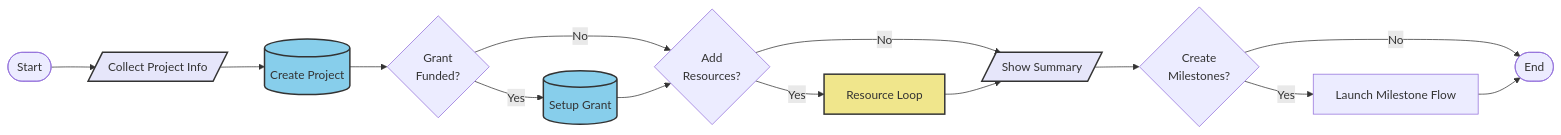
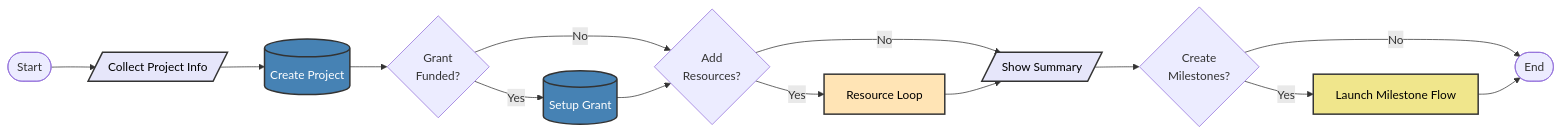
The first of 6 diagrams in README.md (akj/mermaid-sample), drawn with Mermaid before and after one commit. The commit also changed other lines of this file, not shown here.

````diff
--- a/README.md
+++ b/README.md
@@ -9,24 +9,26 @@
 ```mermaid
 flowchart LR
     Start([Start]) --> Input[/Collect Project Info/]
     Input --> Create[(Create Project)]
     Create --> Grant{Grant<br/>Funded?}
     Grant -->|Yes| GrantSetup[(Setup Grant)]
     Grant -->|No| Resources
     GrantSetup --> Resources{Add<br/>Resources?}
     Resources -->|Yes| ResourceLoop[Resource Loop]
     Resources -->|No| Summary
     ResourceLoop --> Summary[/Show Summary/]
     Summary --> Milestones{Create<br/>Milestones?}
     Milestones -->|Yes| SubFlow[Launch Milestone Flow]
     Milestones -->|No| End
     SubFlow --> End([End])
 
-    classDef userInput fill:#E6E6FA,stroke:#333,stroke-width:2px
-    classDef database fill:#87CEEB,stroke:#333,stroke-width:2px
-    classDef process fill:#F0E68C,stroke:#333,stroke-width:2px
+    classDef userInput fill:#E6E6FA,stroke:#333,stroke-width:2px,color:#000
+    classDef database fill:#4682B4,stroke:#333,stroke-width:2px,color:#FFF
+    classDef loopProcess fill:#FFE4B5,stroke:#333,stroke-width:2px,color:#000
+    classDef launchAction fill:#F0E68C,stroke:#333,stroke-width:2px,color:#000
 
     class Input,Summary userInput
     class Create,GrantSetup database
-    class ResourceLoop process
+    class ResourceLoop loopProcess
+    class SubFlow launchAction
 ```
````
